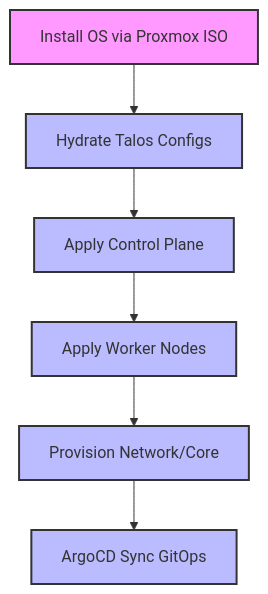
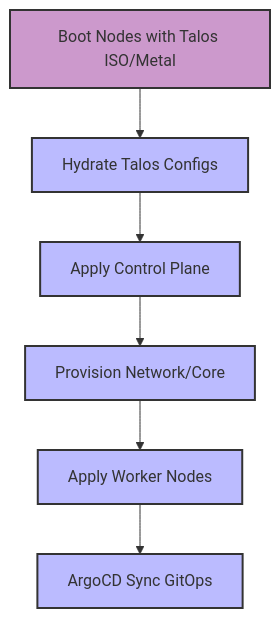
Before and after one commit to abradner/athena-gitops: the diagram in bootstrap/README.md, drawn with Mermaid. The commit also changed other lines of this file, not shown here.

````diff
--- a/bootstrap/README.md
+++ b/bootstrap/README.md
@@ -7,11 +7,11 @@
 ```mermaid
 graph TD
-    classDef manual fill:#f9f,stroke:#333,stroke-width:2px;
+    classDef manual fill:#c9c,stroke:#333,stroke-width:2px;
     classDef auto fill:#bbf,stroke:#333,stroke-width:2px;
 
-    A[Install OS via Proxmox ISO]:::manual --> B[Hydrate Talos Configs]:::auto;
+    A[Boot Nodes with Talos ISO/Metal]:::manual --> B[Hydrate Talos Configs]:::auto;
     B --> C[Apply Control Plane]:::auto;
-    C --> D[Apply Worker Nodes]:::auto;
-    D --> E[Provision Network/Core]:::auto;
+    C --> D[Provision Network/Core]:::auto;
+    D --> E[Apply Worker Nodes]:::auto;
     E --> F[ArgoCD Sync GitOps]:::auto;
 ```
````
